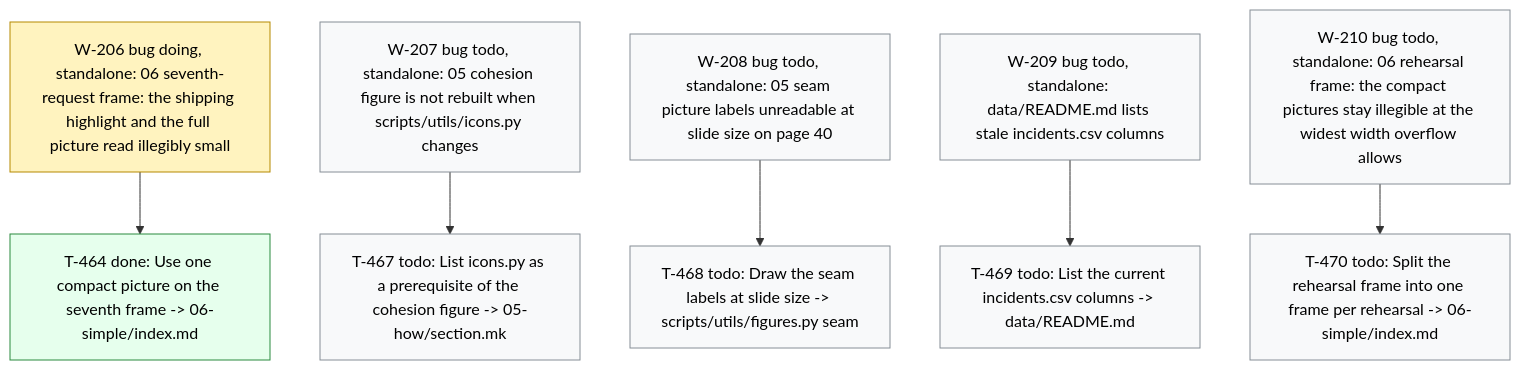
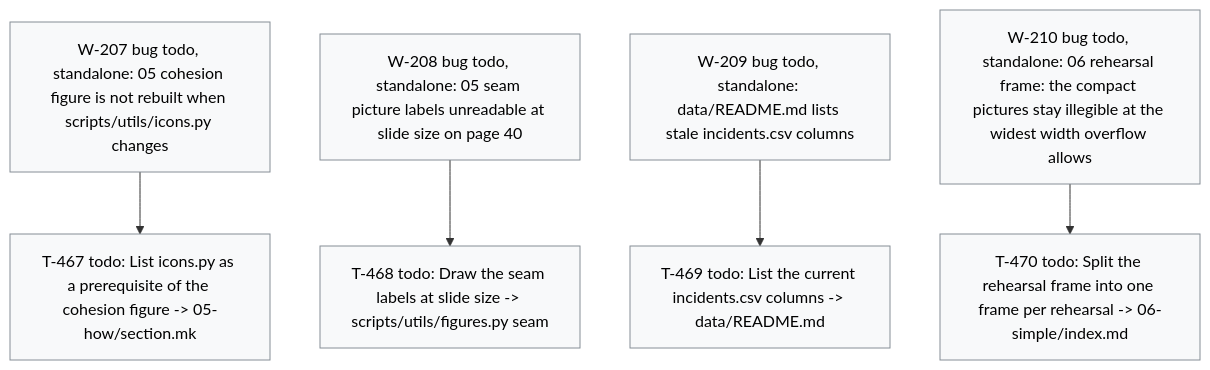
Before and after one commit to dpopchev/chaos-to-simple: the diagram in .board/BOARD.md, drawn with Mermaid. The commit also changed other lines of this file and 3 other files, not shown here.

````diff
--- a/.board/BOARD.md
+++ b/.board/BOARD.md
@@ -1218,21 +1223,17 @@
 ```mermaid
 flowchart TD
-  W206["W-206 bug doing, standalone: 06 seventh-request frame: the shipping highlight and the full picture read illegibly small"]
-  W206 --> T464["T-464 done: Use one compact picture on the seventh frame -> 06-simple/index.md"]
   W207["W-207 bug todo, standalone: 05 cohesion figure is not rebuilt when scripts/utils/icons.py changes"]
   W207 --> T467["T-467 todo: List icons.py as a prerequisite of the cohesion figure -> 05-how/section.mk"]
   W208["W-208 bug todo, standalone: 05 seam picture labels unreadable at slide size on page 40"]
   W208 --> T468["T-468 todo: Draw the seam labels at slide size -> scripts/utils/figures.py seam"]
   W209["W-209 bug todo, standalone: data/README.md lists stale incidents.csv columns"]
   W209 --> T469["T-469 todo: List the current incidents.csv columns -> data/README.md"]
   W210["W-210 bug todo, standalone: 06 rehearsal frame: the compact pictures stay illegible at the widest width overflow allows"]
   W210 --> T470["T-470 todo: Split the rehearsal frame into one frame per rehearsal -> 06-simple/index.md"]
   classDef doing fill:#fff3bf,stroke:#b58900,color:#000;
   classDef blocked fill:#ffe3e3,stroke:#c92a2a,color:#000;
   classDef done fill:#e6ffed,stroke:#2b8a3e,color:#000;
   classDef todo fill:#f8f9fa,stroke:#868e96,color:#000;
   classDef pruned fill:#f1f3f5,stroke:#adb5bd,color:#000;
-  class W206 doing
-  class T464 done
   class W207,T467,W208,T468,W209,T469,W210,T470 todo
 ```
````
